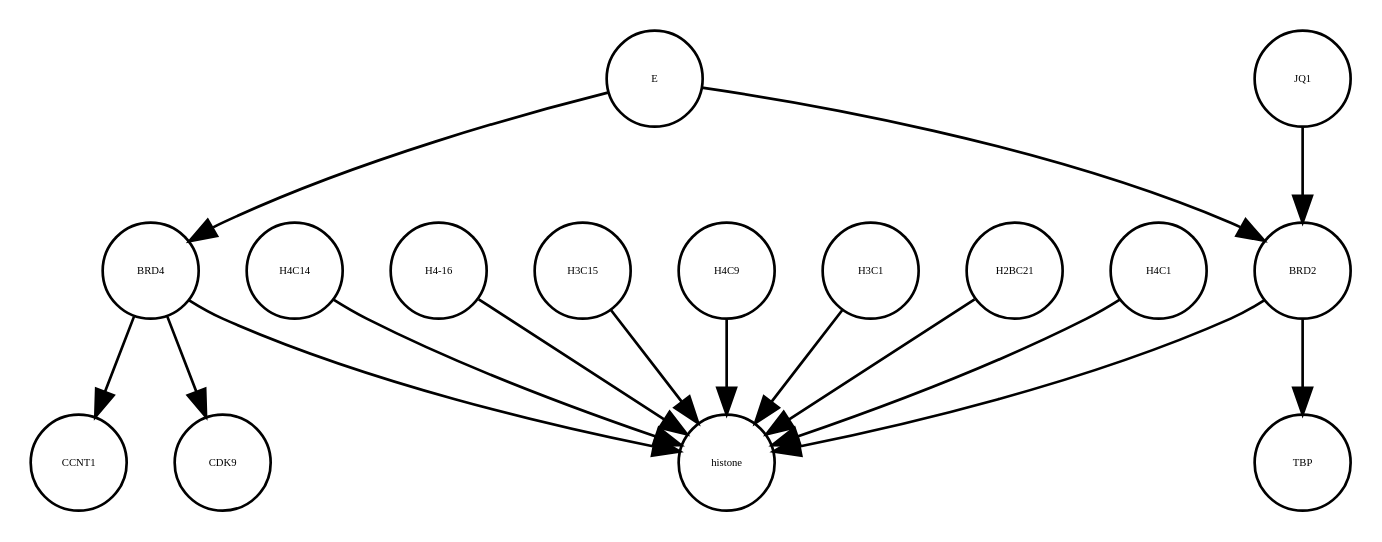
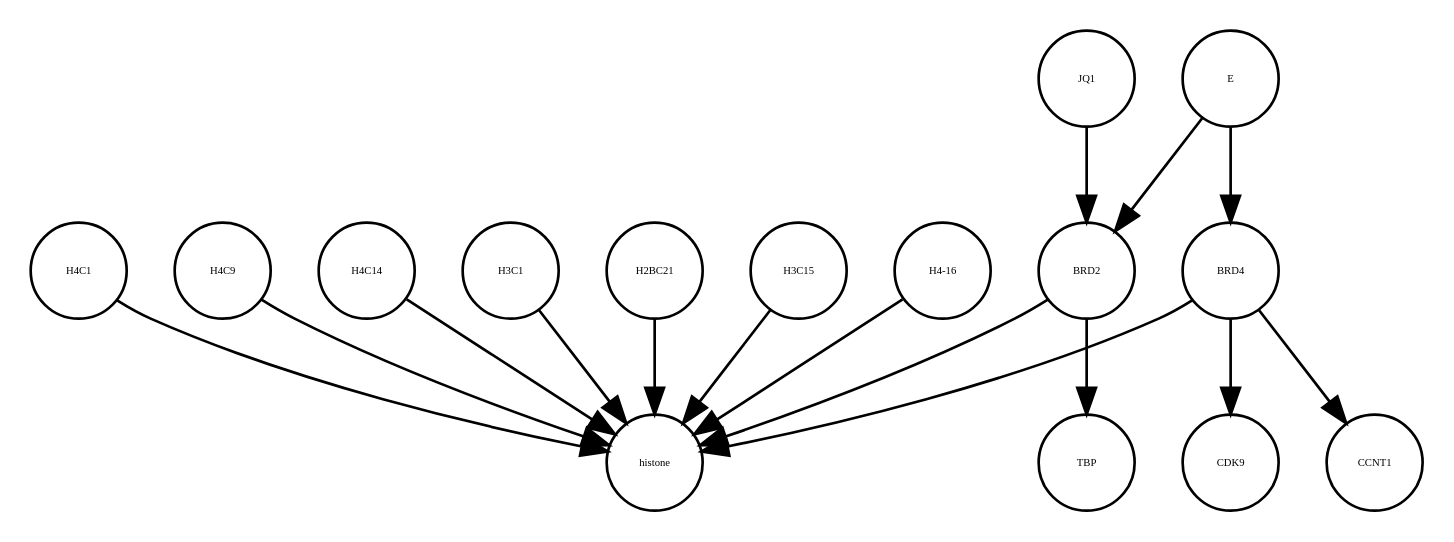
The diagram in E_SARS_CoV_2_21_05_2020.xml_projected.dot (cannin/covid19-sbgn), drawn with Graphviz before and after one commit. The commit also changed other lines of this file and 637 other files, not shown here.

```diff
--- a/E_SARS_CoV_2_21_05_2020.xml_projected.dot
+++ b/E_SARS_CoV_2_21_05_2020.xml_projected.dot
@@ -1,32 +1,32 @@
 strict digraph  {
-CCNT1 [annotation="", bipartite=0, cls=macromolecule, fontsize=4, label=CCNT1, shape=circle];
+BRD2 [annotation="", bipartite=0, cls=macromolecule, fontsize=4, label=BRD2, shape=circle];
+CDK9 [annotation="", bipartite=0, cls=macromolecule, fontsize=4, label=CDK9, shape=circle];
+histone [annotation="", bipartite=0, cls=complex, fontsize=4, label=histone, shape=circle];
+H4C9 [annotation="", bipartite=0, cls=macromolecule, fontsize=4, label=H4C9, shape=circle];
+TBP [annotation="", bipartite=0, cls=macromolecule, fontsize=4, label=TBP, shape=circle];
 H4C14 [annotation="", bipartite=0, cls=macromolecule, fontsize=4, label=H4C14, shape=circle];
-"H4-16" [annotation="", bipartite=0, cls=macromolecule, fontsize=4, label="H4-16", shape=circle];
-H3C15 [annotation="", bipartite=0, cls=macromolecule, fontsize=4, label=H3C15, shape=circle];
-JQ1 [annotation="", bipartite=0, cls=macromolecule, fontsize=4, label=JQ1, shape=circle];
-CDK9 [annotation="", bipartite=0, cls=macromolecule, fontsize=4, label=CDK9, shape=circle];
-H4C9 [annotation="", bipartite=0, cls=macromolecule, fontsize=4, label=H4C9, shape=circle];
 E [annotation=urn_miriam_ncbiprotein_BCD58755, bipartite=0, cls=macromolecule, fontsize=4, label=E, shape=circle];
 H3C1 [annotation="", bipartite=0, cls=macromolecule, fontsize=4, label=H3C1, shape=circle];
-TBP [annotation="", bipartite=0, cls=macromolecule, fontsize=4, label=TBP, shape=circle];
-BRD2 [annotation="", bipartite=0, cls=macromolecule, fontsize=4, label=BRD2, shape=circle];
-histone [annotation="", bipartite=0, cls=complex, fontsize=4, label=histone, shape=circle];
 H2BC21 [annotation="", bipartite=0, cls=macromolecule, fontsize=4, label=H2BC21, shape=circle];
 BRD4 [annotation="", bipartite=0, cls=macromolecule, fontsize=4, label=BRD4, shape=circle];
+H3C15 [annotation="", bipartite=0, cls=macromolecule, fontsize=4, label=H3C15, shape=circle];
+"H4-16" [annotation="", bipartite=0, cls=macromolecule, fontsize=4, label="H4-16", shape=circle];
+JQ1 [annotation="", bipartite=0, cls=macromolecule, fontsize=4, label=JQ1, shape=circle];
 H4C1 [annotation="", bipartite=0, cls=macromolecule, fontsize=4, label=H4C1, shape=circle];
-H4C14 -> histone  [annotation="", interaction_type=production];
-"H4-16" -> histone  [annotation="", interaction_type=production];
-H3C15 -> histone  [annotation="", interaction_type=production];
-JQ1 -> BRD2  [annotation="urn_miriam_doi_10.1038%2Fs41586-020-2286-9|urn_miriam_doi_10.1080%2F15592294.2018.1469891", interaction_type=inhibition];
-H4C9 -> histone  [annotation="", interaction_type=production];
-E -> BRD2  [annotation="urn_miriam_doi_10.1038%2Fs41586-020-2286-9|urn_miriam_doi_10.1080%2F15592294.2018.1469891", interaction_type=inhibition];
-E -> BRD4  [annotation="urn_miriam_doi_10.1038%2Fs41586-020-2286-9", interaction_type=inhibition];
-H3C1 -> histone  [annotation="", interaction_type=production];
+CCNT1 [annotation="", bipartite=0, cls=macromolecule, fontsize=4, label=CCNT1, shape=circle];
 BRD2 -> histone  [annotation="urn_miriam_doi_10.1038%2Fnsmb.3228.|urn_miriam_doi_10.1016%2Fj.molcel.2008.01.018", interaction_type=catalysis];
 BRD2 -> TBP  [annotation="urn_miriam_doi_10.1007%2Fs11010-006-9223-6", interaction_type=catalysis];
+H4C9 -> histone  [annotation="", interaction_type=production];
+H4C14 -> histone  [annotation="", interaction_type=production];
+E -> BRD4  [annotation="urn_miriam_doi_10.1038%2Fs41586-020-2286-9", interaction_type=inhibition];
+E -> BRD2  [annotation="urn_miriam_doi_10.1038%2Fs41586-020-2286-9|urn_miriam_doi_10.1080%2F15592294.2018.1469891", interaction_type=inhibition];
+H3C1 -> histone  [annotation="", interaction_type=production];
 H2BC21 -> histone  [annotation="", interaction_type=production];
 BRD4 -> histone  [annotation="urn_miriam_doi_10.1038%2Fnsmb.3228.|urn_miriam_doi_10.1016%2Fj.molcel.2008.01.018", interaction_type=catalysis];
+BRD4 -> CCNT1  [annotation="", interaction_type=catalysis];
 BRD4 -> CDK9  [annotation=urn_miriam_taxonomy_10090, interaction_type=catalysis];
-BRD4 -> CCNT1  [annotation="", interaction_type=catalysis];
+H3C15 -> histone  [annotation="", interaction_type=production];
+"H4-16" -> histone  [annotation="", interaction_type=production];
+JQ1 -> BRD2  [annotation="urn_miriam_doi_10.1038%2Fs41586-020-2286-9|urn_miriam_doi_10.1080%2F15592294.2018.1469891", interaction_type=inhibition];
 H4C1 -> histone  [annotation="", interaction_type=production];
 }
```
